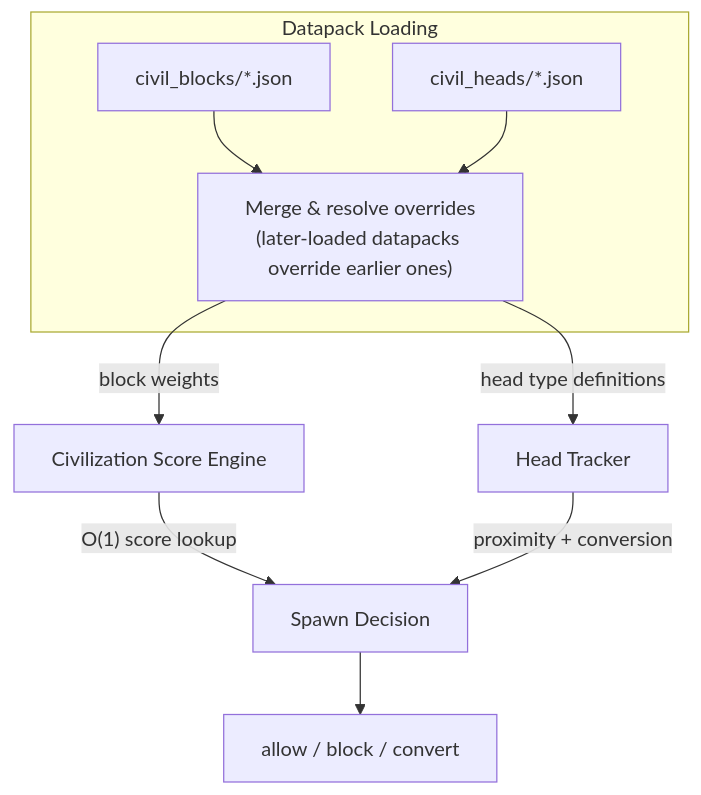
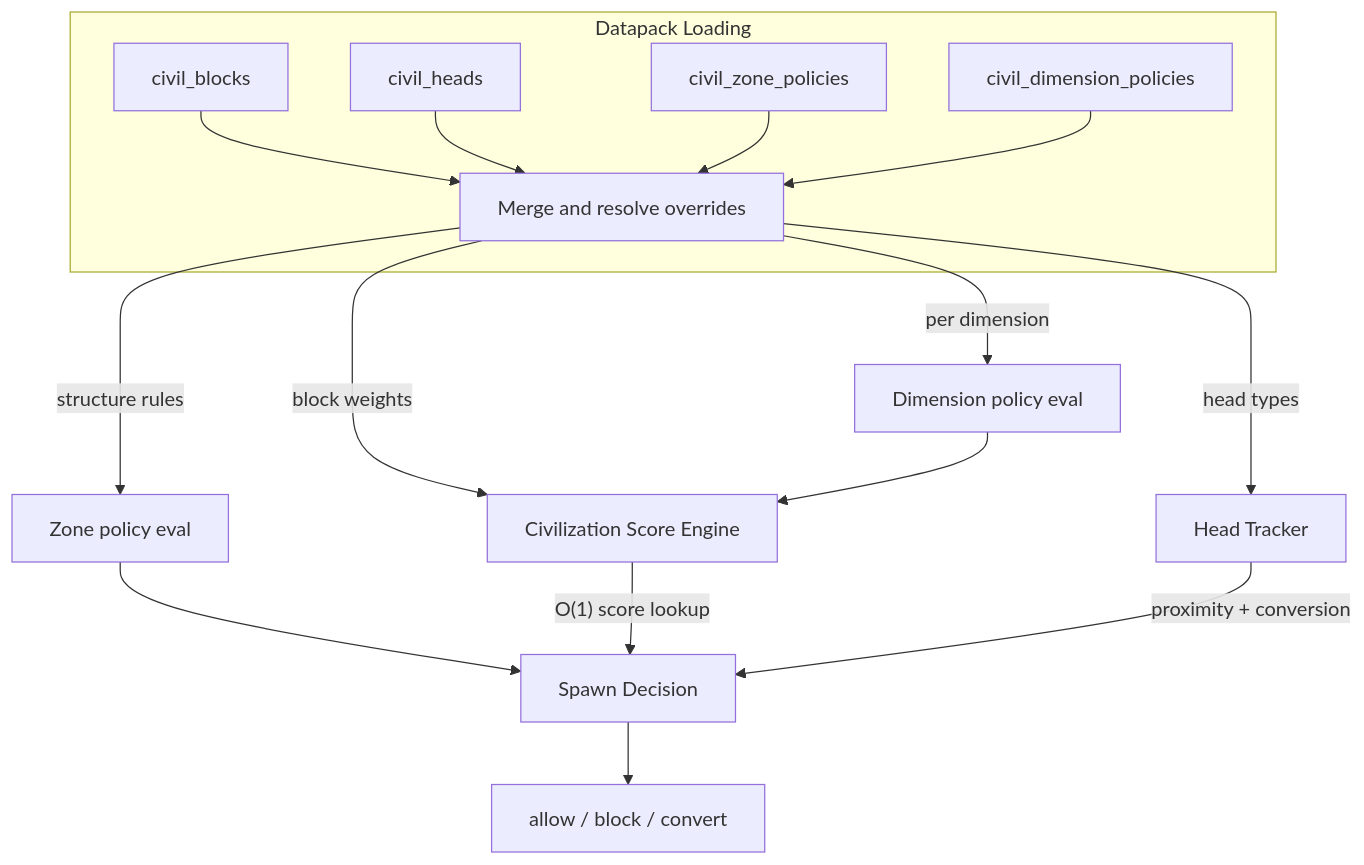
One commit to MaoxnZ/Civillis changed the sixth of 6 diagrams in docs/technical/architecture.md. Above: the diagram before and after it, drawn with Mermaid. The commit also changed other lines of this file and 22 other files, not shown here.

````diff
--- a/docs/technical/architecture.md
+++ b/docs/technical/architecture.md
@@ -231,18 +247,26 @@
 ```mermaid
 flowchart TD
     subgraph Load [Datapack Loading]
-        BW["civil_blocks/*.json"]
-        HT["civil_heads/*.json"]
-        Merge["Merge & resolve overrides<br/>(later-loaded datapacks override earlier ones)"]
+        BW["civil_blocks"]
+        HT["civil_heads"]
+        ZP["civil_zone_policies"]
+        DP["civil_dimension_policies"]
+        Merge["Merge and resolve overrides"]
 
         BW --> Merge
         HT --> Merge
+        ZP --> Merge
+        DP --> Merge
     end
 
     Merge -->|block weights| ScoreEngine["Civilization Score Engine"]
-    Merge -->|head type definitions| HeadTracker["Head Tracker"]
+    Merge -->|head types| HeadTracker["Head Tracker"]
+    Merge -->|structure rules| ZonePolicies["Zone policy eval"]
+    Merge -->|per dimension| DimPolicies["Dimension policy eval"]
 
-    ScoreEngine -->|"O(1) score lookup"| SpawnDecision["Spawn Decision"]
+    DimPolicies --> ScoreEngine
+    ZonePolicies --> SpawnDecision["Spawn Decision"]
+    ScoreEngine -->|"O(1) score lookup"| SpawnDecision
     HeadTracker -->|"proximity + conversion"| SpawnDecision
     SpawnDecision --> Outcome["allow / block / convert"]
 ```
````
